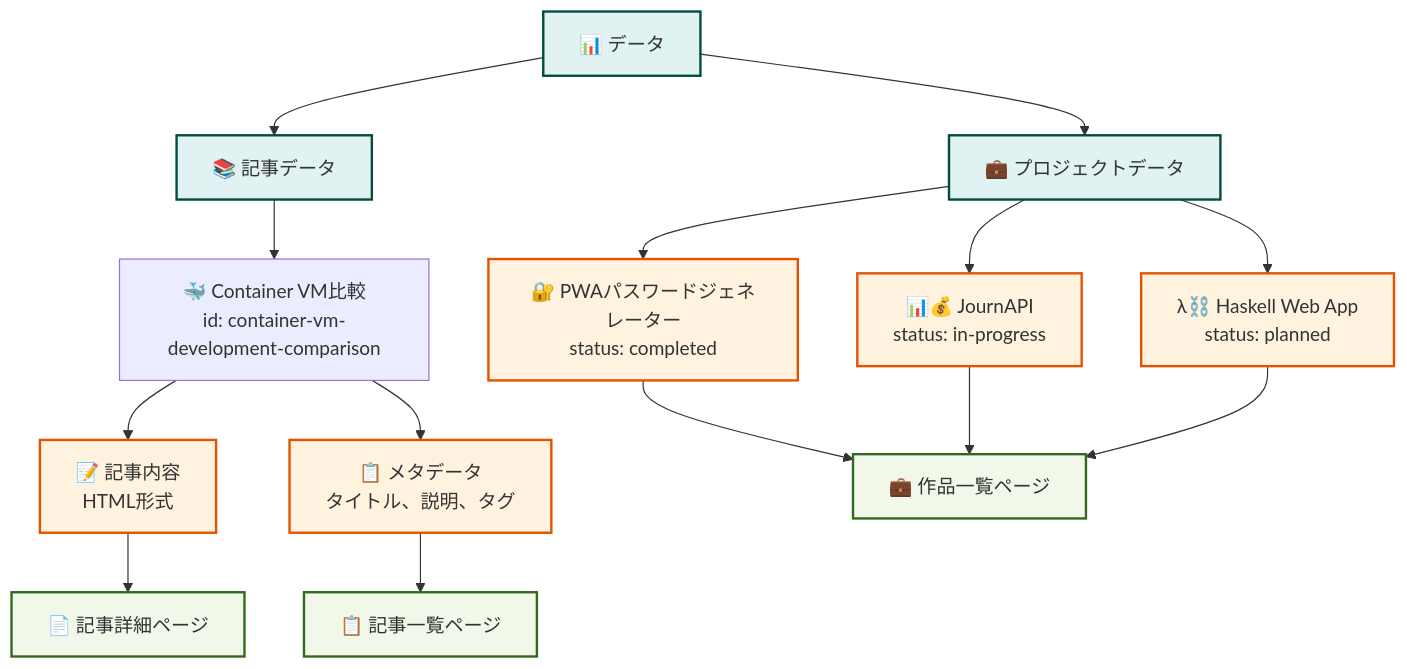
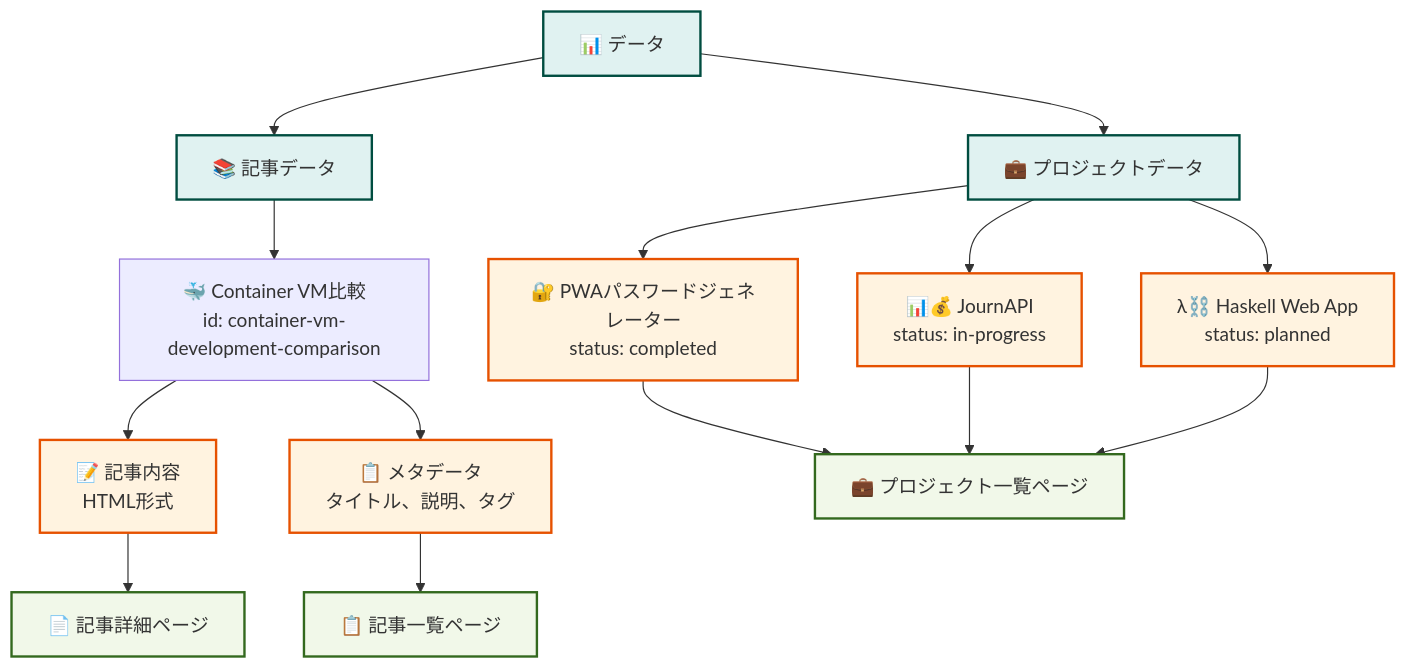
One commit to kmh-no3/kenji-hub changed the fourth of 7 diagrams in docs/navigation-details.md. Above: the diagram before and after it, drawn with Mermaid. The commit also changed other lines of this file and 28 other files, not shown here.

````diff
--- a/docs/navigation-details.md
+++ b/docs/navigation-details.md
@@ -137,32 +137,32 @@
 ```mermaid
 graph TD
     %% データソース
     Data[📊 データ] --> ArticlesData[📚 記事データ]
     Data --> ProjectsData[💼 プロジェクトデータ]
     
     %% 記事データ
     ArticlesData --> Article1[🐳 Container VM比較<br/>id: container-vm-development-comparison]
     Article1 --> Article1Content[📝 記事内容<br/>HTML形式]
     Article1 --> Article1Meta[📋 メタデータ<br/>タイトル、説明、タグ]
     
     %% プロジェクトデータ
     ProjectsData --> Project1[🔐 PWAパスワードジェネレーター<br/>status: completed]
     ProjectsData --> Project2[📊💰 JournAPI<br/>status: in-progress]
     ProjectsData --> Project3[λ⛓️ Haskell Web App<br/>status: planned]
     
     %% データ表示
     Article1Content --> ArticlePage[📄 記事詳細ページ]
     Article1Meta --> ArticleListPage[📋 記事一覧ページ]
-    Project1 --> WorksPage[💼 作品一覧ページ]
-    Project2 --> WorksPage
-    Project3 --> WorksPage
+    Project1 --> ProjectsPage[💼 プロジェクト一覧ページ]
+    Project2 --> ProjectsPage
+    Project3 --> ProjectsPage
     
     %% スタイル設定
     classDef data fill:#e0f2f1,stroke:#004d40,stroke-width:2px
     classDef content fill:#fff3e0,stroke:#e65100,stroke-width:2px
     classDef page fill:#f1f8e9,stroke:#33691e,stroke-width:2px
     
     class Data,ArticlesData,ProjectsData data
     class Article1Content,Article1Meta,Project1,Project2,Project3 content
-    class ArticlePage,ArticleListPage,WorksPage page
+    class ArticlePage,ArticleListPage,ProjectsPage page
 ```
````
